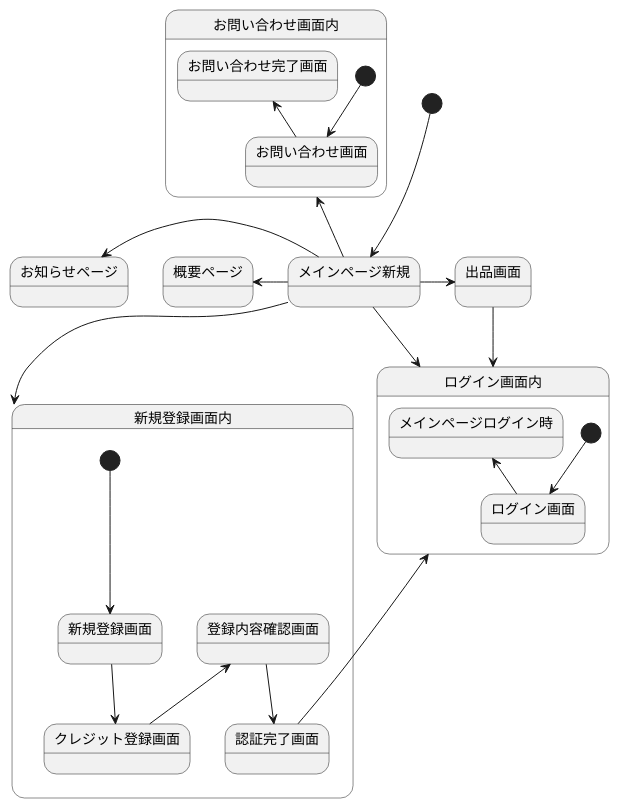
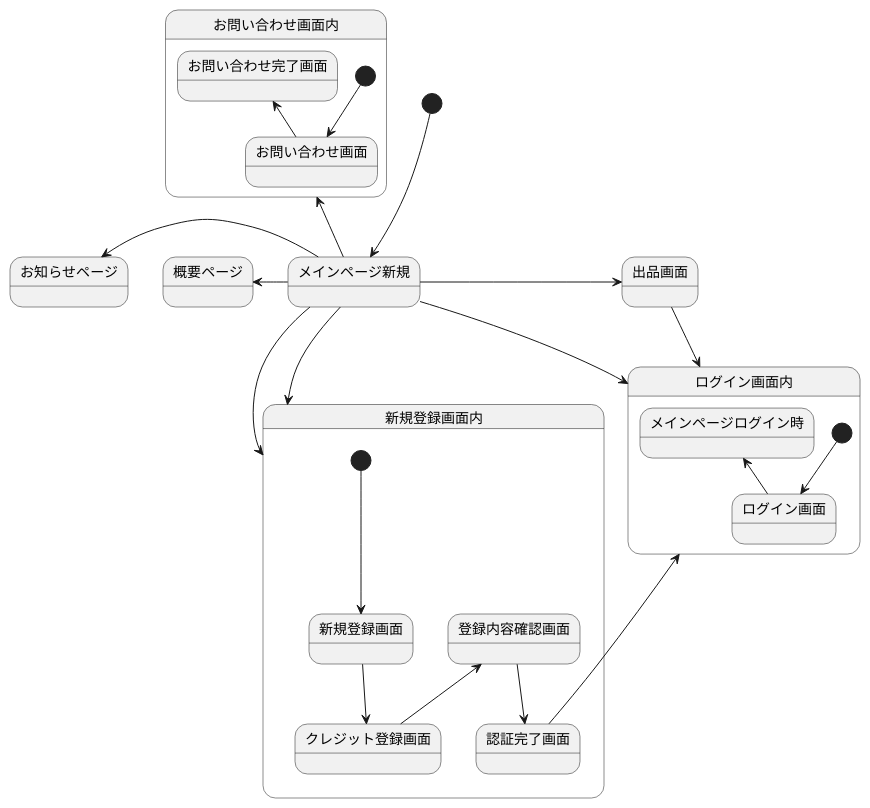
The diagram in 画面遷移図.md (Aso2001147/2021SystemDesign), drawn with PlantUML before and after one commit.

````diff
--- a/画面遷移図.md
+++ b/画面遷移図.md
@@ -1,32 +1,34 @@
 ```uml
 @startuml
 [*] --> メインページ新規
 メインページ新規 -left-> 概要ページ
 メインページ新規 -up-> お問い合わせ画面内
 メインページ新規 -left-> お知らせページ
 メインページ新規 --> ログイン画面内
 メインページ新規 --> 新規登録画面内
+メインページ新規 --> 新規登録画面内
 メインページ新規 -> 出品画面
 出品画面 -> ログイン画面内
+
 
 
 state 新規登録画面内{
 [*] --> 新規登録画面
 新規登録画面 -down-> クレジット登録画面
 クレジット登録画面 -up-> 登録内容確認画面
 登録内容確認画面 -down-> 認証完了画面
 認証完了画面 -up-> ログイン画面内
 }
 
 state ログイン画面内{
 [*] -down-> ログイン画面
 ログイン画面 -up-> メインページログイン時
 }
 
 state お問い合わせ画面内{
 [*] -down-> お問い合わせ画面
 お問い合わせ画面 -up-> お問い合わせ完了画面
 }
 
 @enduml
 ```
````
